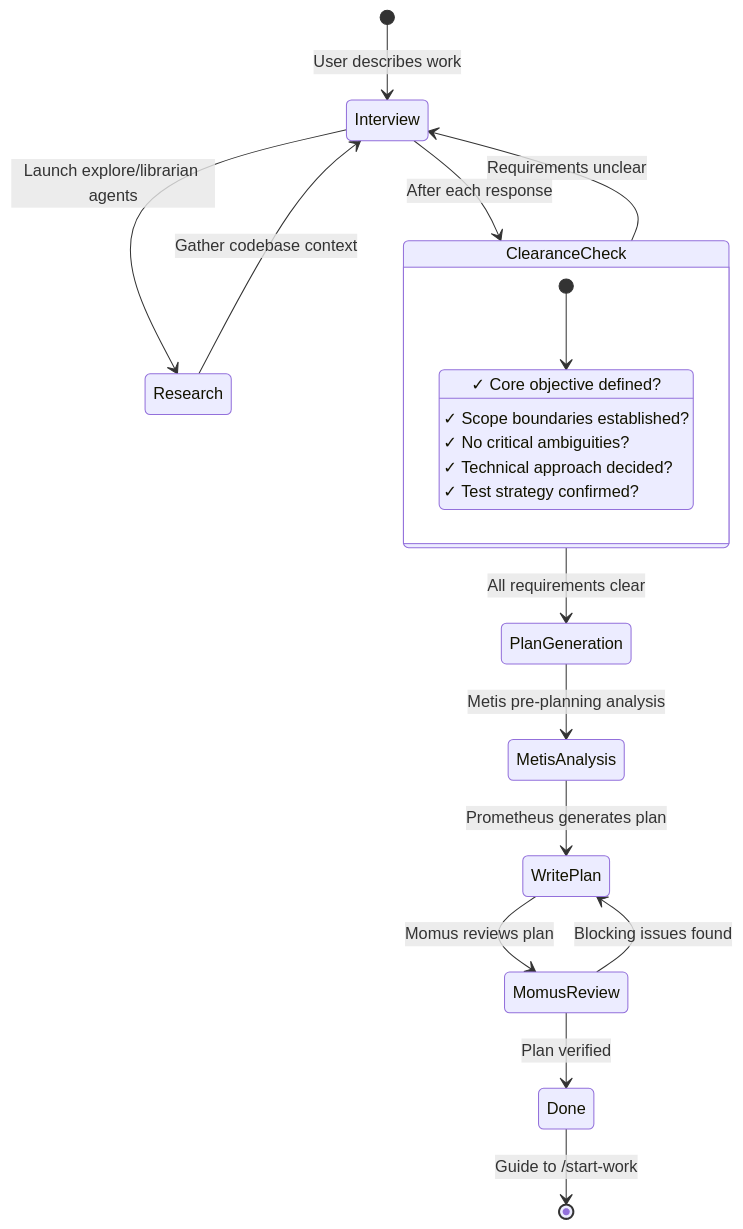
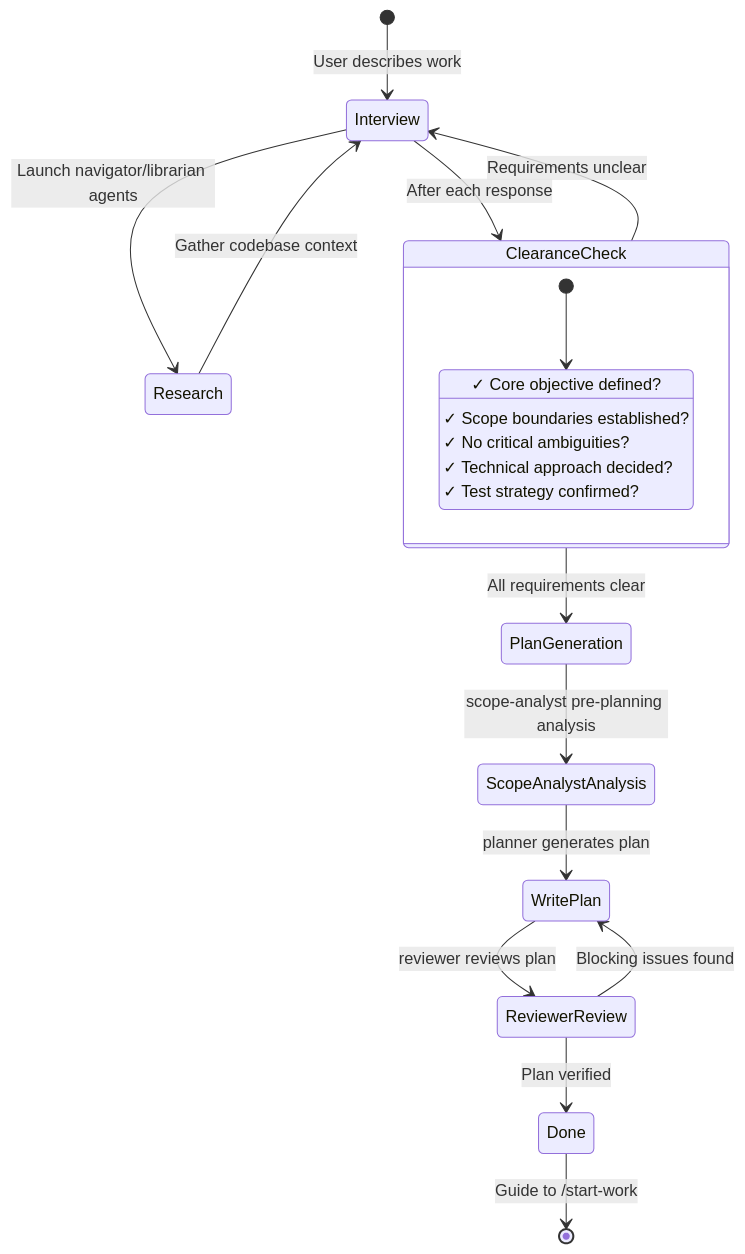
One commit to arcthur/oh-my-opencode changed the second of 4 diagrams in docs/guide/understanding-orchestration-system.md. Above: the diagram before and after it, drawn with Mermaid. The commit also changed other lines of this file and 416 other files, not shown here.

````diff
--- a/docs/guide/understanding-orchestration-system.md
+++ b/docs/guide/understanding-orchestration-system.md
@@ -82,27 +82,27 @@
 ```mermaid
 stateDiagram-v2
     [*] --> Interview: User describes work
-    Interview --> Research: Launch explore/librarian agents
+    Interview --> Research: Launch navigator/librarian agents
     Research --> Interview: Gather codebase context
     Interview --> ClearanceCheck: After each response
     
     ClearanceCheck --> Interview: Requirements unclear
     ClearanceCheck --> PlanGeneration: All requirements clear
     
     state ClearanceCheck {
         [*] --> Check
         Check: ✓ Core objective defined?
         Check: ✓ Scope boundaries established?
         Check: ✓ No critical ambiguities?
         Check: ✓ Technical approach decided?
         Check: ✓ Test strategy confirmed?
     }
     
-    PlanGeneration --> MetisAnalysis: Metis pre-planning analysis
-    MetisAnalysis --> WritePlan: Prometheus generates plan
-    WritePlan --> MomusReview: Momus reviews plan
-    MomusReview --> WritePlan: Blocking issues found
-    MomusReview --> Done: Plan verified
+    PlanGeneration --> ScopeAnalystAnalysis: scope-analyst pre-planning analysis
+    ScopeAnalystAnalysis --> WritePlan: planner generates plan
+    WritePlan --> ReviewerReview: reviewer reviews plan
+    ReviewerReview --> WritePlan: Blocking issues found
+    ReviewerReview --> Done: Plan verified
     
     Done --> [*]: Guide to /start-work
 ```
````
